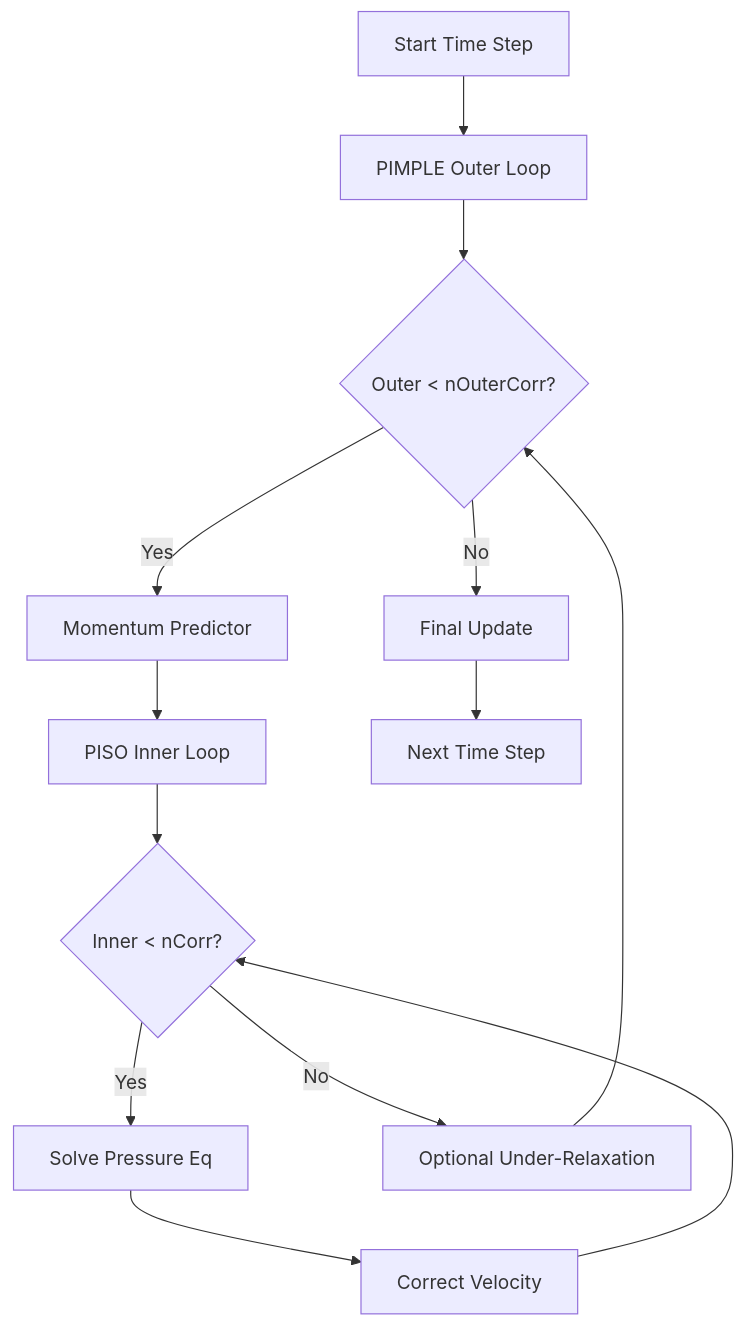
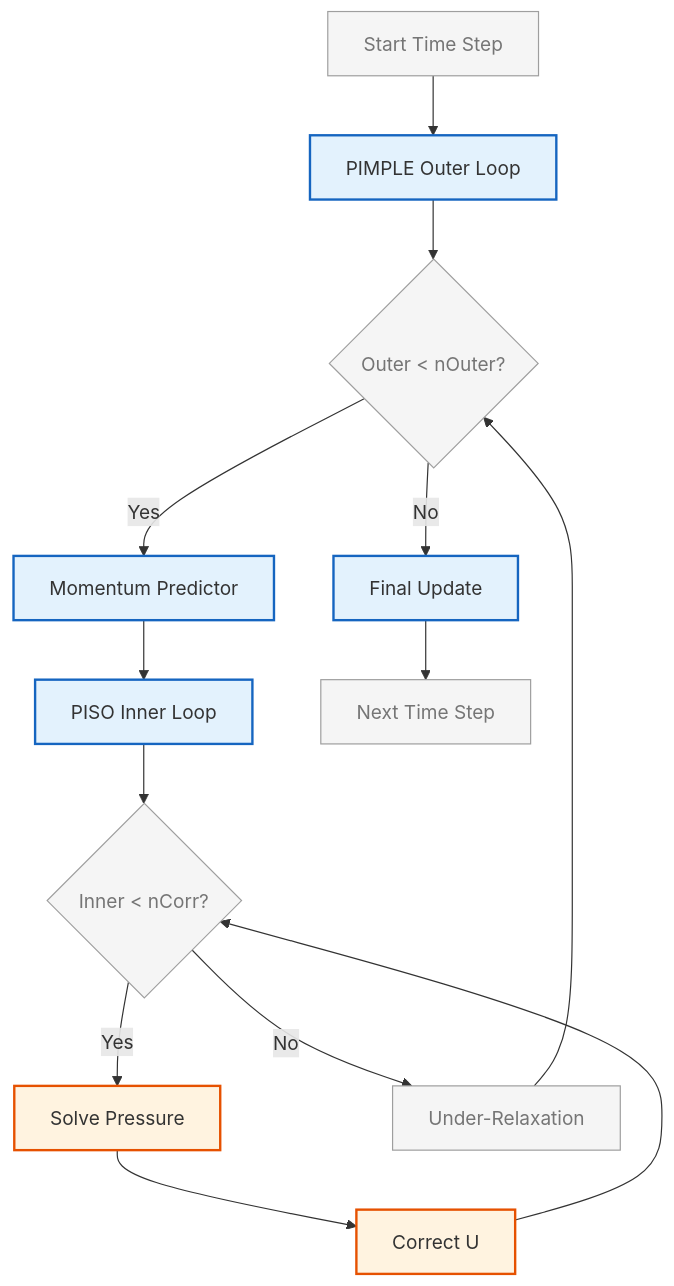
The second of 3 diagrams in MODULE_03_SINGLE_PHASE_FLOW/CONTENT/01_INCOMPRESSIBLE_FLOW_SOLVERS/02_Standard_Solvers.md (wramet/build-my-cfd), drawn with Mermaid before and after one commit. The commit also changed other lines of this file and 313 other files, not shown here.

Commit message:
Revise all diagram

````diff
--- a/MODULE_03_SINGLE_PHASE_FLOW/CONTENT/01_INCOMPRESSIBLE_FLOW_SOLVERS/02_Standard_Solvers.md
+++ b/MODULE_03_SINGLE_PHASE_FLOW/CONTENT/01_INCOMPRESSIBLE_FLOW_SOLVERS/02_Standard_Solvers.md
@@ -328,15 +333,20 @@
 ```mermaid
 flowchart TD
-    A[Start Time Step] --> B[PIMPLE Outer Loop]
-    B --> C{Outer < nOuterCorr?}
-    C -->|Yes| D[Momentum Predictor]
-    D --> E[PISO Inner Loop]
-    E --> F{Inner < nCorr?}
-    F -->|Yes| G[Solve Pressure Eq]
-    G --> H[Correct Velocity]
-    H --> F
-    F -->|No| I[Optional Under-Relaxation]
-    I --> C
-    C -->|No| J[Final Update]
-    J --> K[Next Time Step]
+%% Classes
+classDef explicit fill:#fff3e0,stroke:#e65100,stroke-width:2px;
+classDef implicit fill:#e3f2fd,stroke:#1565c0,stroke-width:2px;
+classDef context fill:#f5f5f5,stroke:#9e9e9e,stroke-width:1px,color:#757575;
+%% Nodes
+A[Start Time Step]:::context --> B[PIMPLE Outer Loop]:::implicit
+B --> C{Outer < nOuter?}:::context
+C -->|Yes| D[Momentum Predictor]:::implicit
+D --> E[PISO Inner Loop]:::implicit
+E --> F{Inner < nCorr?}:::context
+F -->|Yes| G[Solve Pressure]:::explicit
+G --> H[Correct U]:::explicit
+H --> F
+F -->|No| I[Under-Relaxation]:::context
+I --> C
+C -->|No| J[Final Update]:::implicit
+J --> K[Next Time Step]:::context
 ```
````
